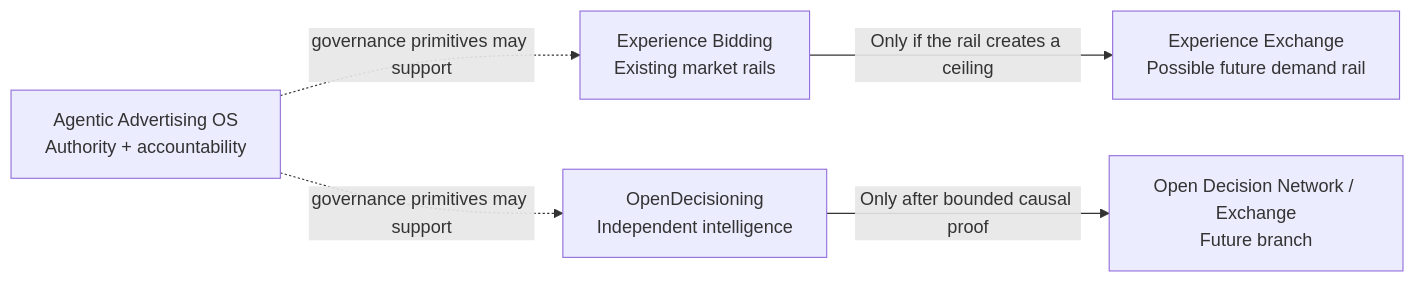
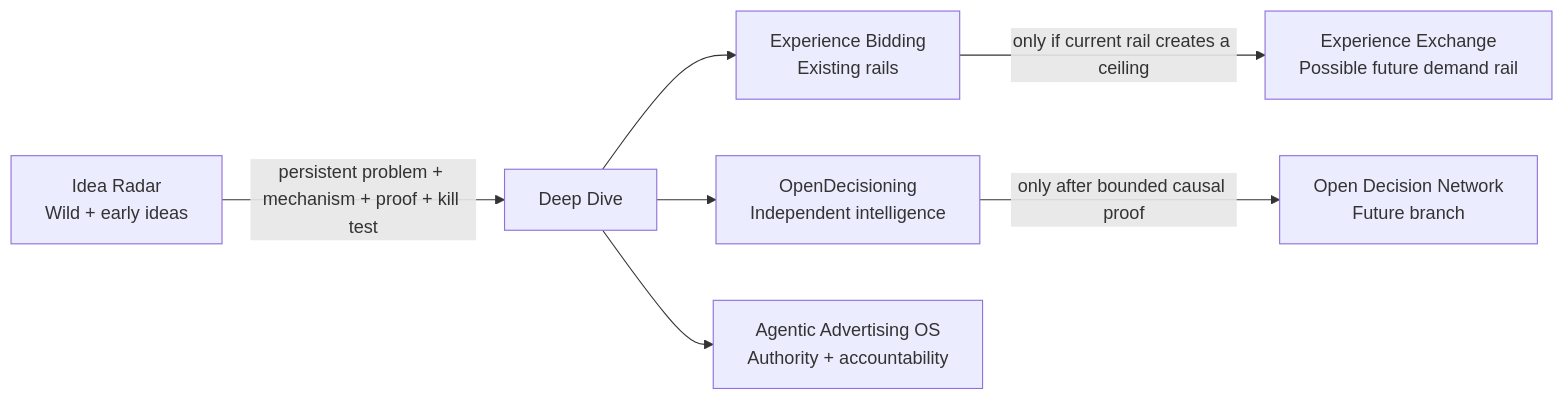
One commit to yoda-sahb/Ad-Innovation-Lab changed the diagram in concepts/README.md. Above: the diagram before and after it, drawn with Mermaid. The commit also changed other lines of this file, not shown here.

Commit message:
Reframe concepts as personal deep-dive portfolio

````diff
--- a/concepts/README.md
+++ b/concepts/README.md
@@ -18,7 +20,9 @@
 ```mermaid
 flowchart LR
-    EB[Experience Bidding\nExisting market rails] -->|Only if the rail creates a ceiling| EX[Experience Exchange\nPossible future demand rail]
-    OD[OpenDecisioning\nIndependent intelligence] -->|Only after bounded causal proof| ODE[Open Decision Network / Exchange\nFuture branch]
-    AAOS[Agentic Advertising OS\nAuthority + accountability] -. governance primitives may support .-> EB
-    AAOS -. governance primitives may support .-> OD
+    RADAR[Idea Radar\nWild + early ideas] -->|persistent problem + mechanism + proof + kill test| DEEP[Deep Dive]
+    DEEP --> EB[Experience Bidding\nExisting rails]
+    DEEP --> OD[OpenDecisioning\nIndependent intelligence]
+    DEEP --> AAOS[Agentic Advertising OS\nAuthority + accountability]
+    EB -->|only if current rail creates a ceiling| EX[Experience Exchange\nPossible future demand rail]
+    OD -->|only after bounded causal proof| ODN[Open Decision Network\nFuture branch]
 ```
````
